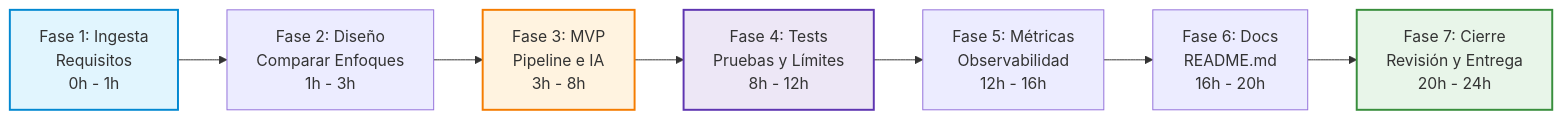
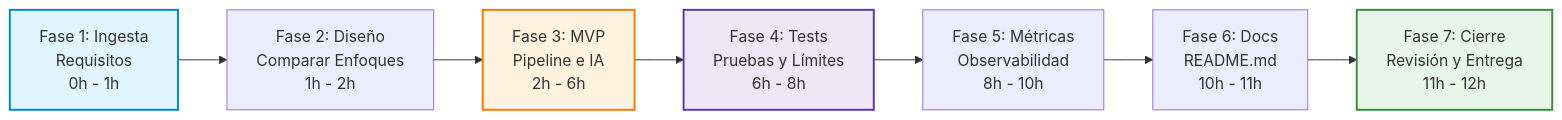
One commit to ececs/Tech changed the diagram in PLANIFICACION.md. Above: the diagram before and after it, drawn with Mermaid. The commit also changed other lines of this file, not shown here.

````diff
--- a/PLANIFICACION.md
+++ b/PLANIFICACION.md
@@ -11,14 +11,14 @@
 ```mermaid
 graph LR
-    A[Fase 1: Ingesta<br>Requisitos<br>0h - 1h] --> B[Fase 2: Diseño<br>Comparar Enfoques<br>1h - 3h]
-    B --> C[Fase 3: MVP<br>Pipeline e IA<br>3h - 8h]
-    C --> D[Fase 4: Tests<br>Pruebas y Límites<br>8h - 12h]
-    D --> E[Fase 5: Métricas<br>Observabilidad<br>12h - 16h]
-    E --> F[Fase 6: Docs<br>README.md<br>16h - 20h]
-    F --> G[Fase 7: Cierre<br>Revisión y Entrega<br>20h - 24h]
+    A[Fase 1: Ingesta<br>Requisitos<br>0h - 1h] --> B[Fase 2: Diseño<br>Comparar Enfoques<br>1h - 2h]
+    B --> C[Fase 3: MVP<br>Pipeline e IA<br>2h - 6h]
+    C --> D[Fase 4: Tests<br>Pruebas y Límites<br>6h - 8h]
+    D --> E[Fase 5: Métricas<br>Observabilidad<br>8h - 10h]
+    E --> F[Fase 6: Docs<br>README.md<br>10h - 11h]
+    F --> G[Fase 7: Cierre<br>Revisión y Entrega<br>11h - 12h]
 
     style A fill:#e1f5fe,stroke:#0288d1,stroke-width:2px
     style C fill:#fff3e0,stroke:#f57c00,stroke-width:2px
     style D fill:#ede7f6,stroke:#5e35b1,stroke-width:2px
     style G fill:#e8f5e9,stroke:#388e3c,stroke-width:2px
 ```
````
